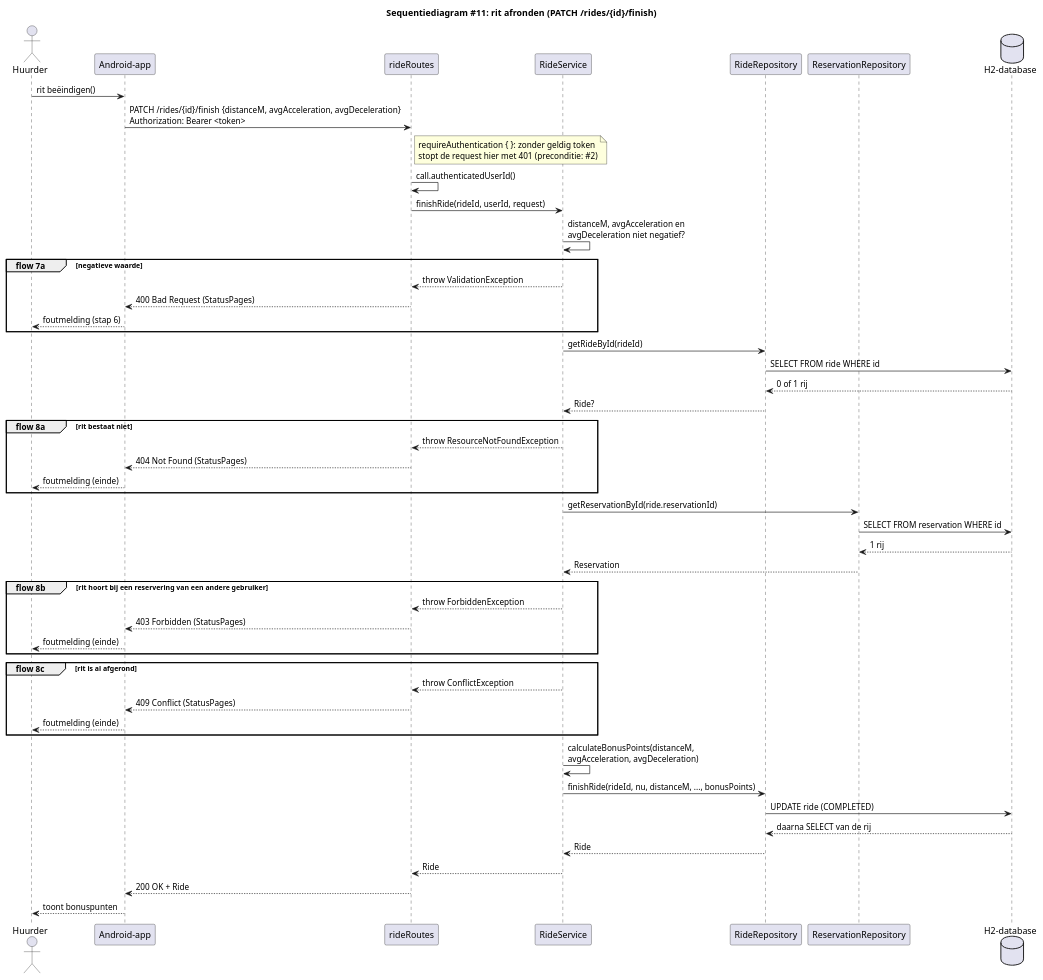
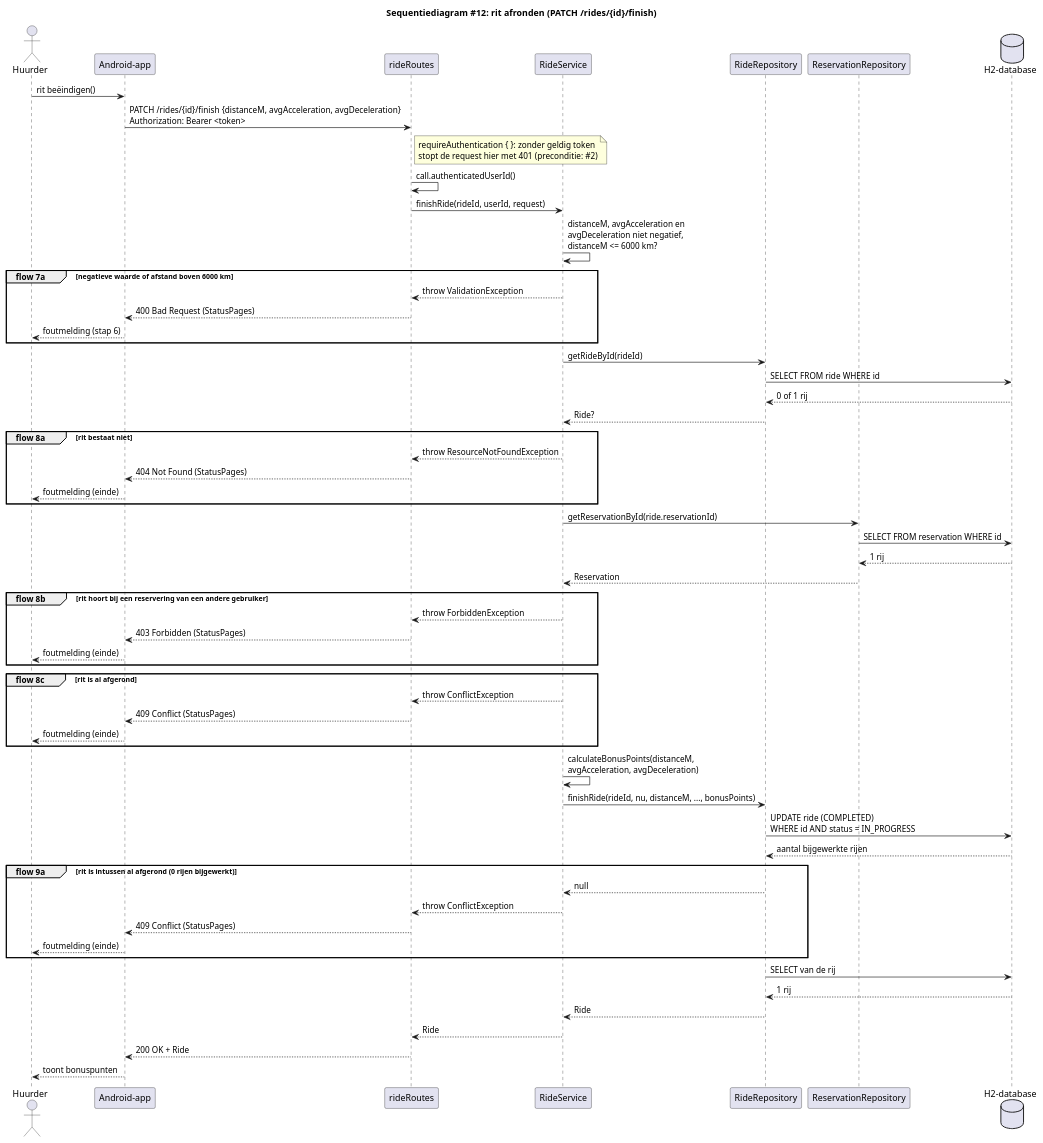
The diagram in diagrams/sequence/FinishRide.puml (MarkPrins18/hbo-leerjaar2), drawn with PlantUML before and after one commit. The commit also changed 7 other files, not shown here.

Commit message:
docs: diagrammen, OpenAPI en spec gelijkgetrokken met de code

```diff
--- a/diagrams/sequence/FinishRide.puml
+++ b/diagrams/sequence/FinishRide.puml
@@ -1,65 +1,75 @@
 @startuml FinishRide
-title Sequentiediagram #11: rit afronden (PATCH /rides/{id}/finish)
+title Sequentiediagram #12: rit afronden (PATCH /rides/{id}/finish)
 
 actor Huurder as g
 participant "Android-app" as app
 participant "rideRoutes" as rt
 participant "RideService" as svc
 participant "RideRepository" as riderepo
 participant "ReservationRepository" as resrepo
 database "H2-database" as db
 
 g -> app : rit beëindigen()
 app -> rt : PATCH /rides/{id}/finish {distanceM, avgAcceleration, avgDeceleration}\nAuthorization: Bearer <token>
 note right of rt
   requireAuthentication { }: zonder geldig token
   stopt de request hier met 401 (preconditie: #2)
 end note
 rt -> rt : call.authenticatedUserId()
 rt -> svc : finishRide(rideId, userId, request)
-svc -> svc : distanceM, avgAcceleration en\navgDeceleration niet negatief?
+svc -> svc : distanceM, avgAcceleration en\navgDeceleration niet negatief,\ndistanceM <= 6000 km?
 
-group flow 7a [negatieve waarde]
+group flow 7a [negatieve waarde of afstand boven 6000 km]
     svc --> rt : throw ValidationException
     rt --> app : 400 Bad Request (StatusPages)
     app --> g : foutmelding (stap 6)
 end
 
 svc -> riderepo : getRideById(rideId)
 riderepo -> db : SELECT FROM ride WHERE id
 db --> riderepo : 0 of 1 rij
 riderepo --> svc : Ride?
 
 group flow 8a [rit bestaat niet]
     svc --> rt : throw ResourceNotFoundException
     rt --> app : 404 Not Found (StatusPages)
     app --> g : foutmelding (einde)
 end
 
 svc -> resrepo : getReservationById(ride.reservationId)
 resrepo -> db : SELECT FROM reservation WHERE id
 db --> resrepo : 1 rij
 resrepo --> svc : Reservation
 
 group flow 8b [rit hoort bij een reservering van een andere gebruiker]
     svc --> rt : throw ForbiddenException
     rt --> app : 403 Forbidden (StatusPages)
     app --> g : foutmelding (einde)
 end
 
 group flow 8c [rit is al afgerond]
     svc --> rt : throw ConflictException
     rt --> app : 409 Conflict (StatusPages)
     app --> g : foutmelding (einde)
 end
 
 svc -> svc : calculateBonusPoints(distanceM,\navgAcceleration, avgDeceleration)
 svc -> riderepo : finishRide(rideId, nu, distanceM, ..., bonusPoints)
-riderepo -> db : UPDATE ride (COMPLETED)
-db --> riderepo : daarna SELECT van de rij
+riderepo -> db : UPDATE ride (COMPLETED)\nWHERE id AND status = IN_PROGRESS
+db --> riderepo : aantal bijgewerkte rijen
+
+group flow 9a [rit is intussen al afgerond (0 rijen bijgewerkt)]
+    riderepo --> svc : null
+    svc --> rt : throw ConflictException
+    rt --> app : 409 Conflict (StatusPages)
+    app --> g : foutmelding (einde)
+end
+
+riderepo -> db : SELECT van de rij
+db --> riderepo : 1 rij
 riderepo --> svc : Ride
 svc --> rt : Ride
 rt --> app : 200 OK + Ride
 app --> g : toont bonuspunten
 
 @enduml
```
